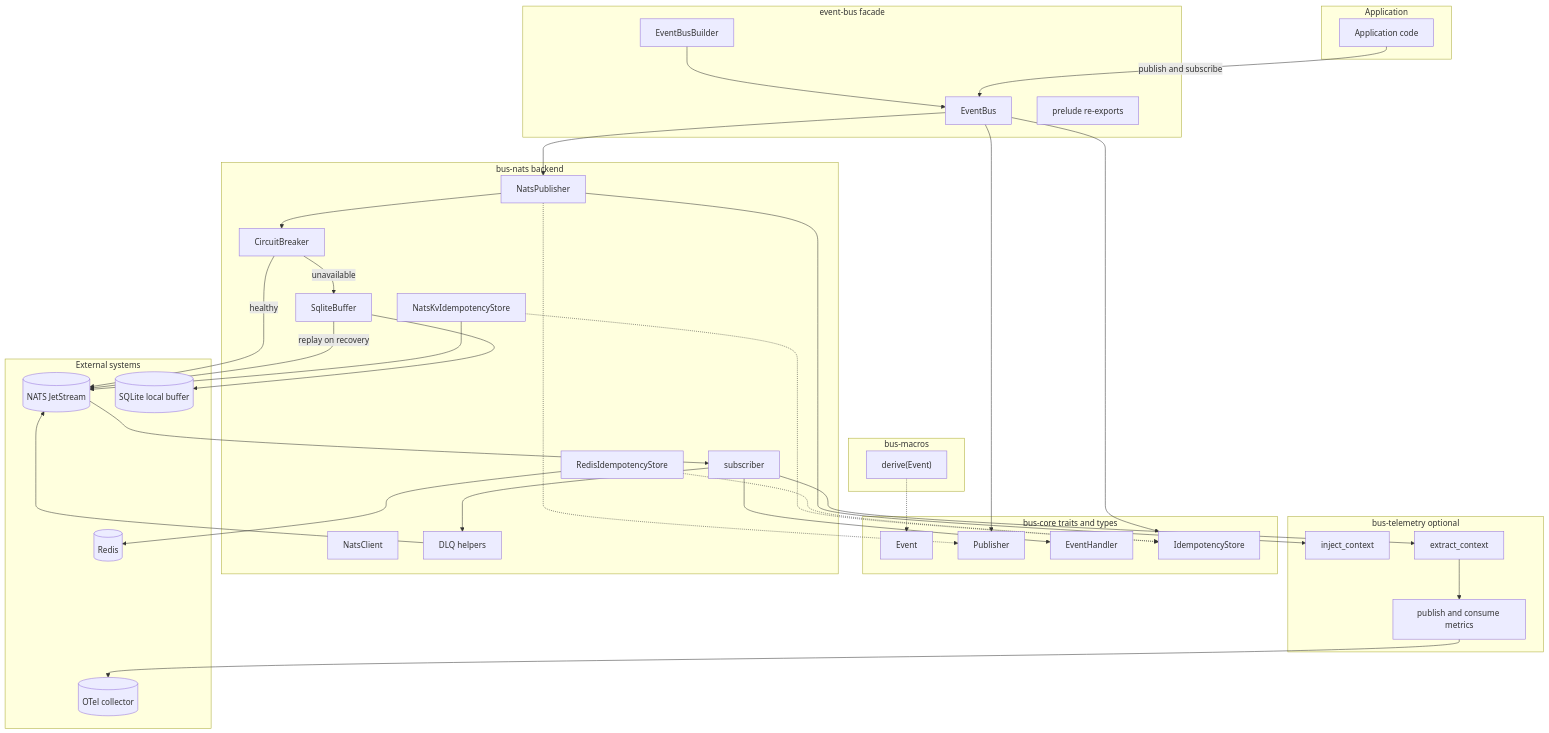
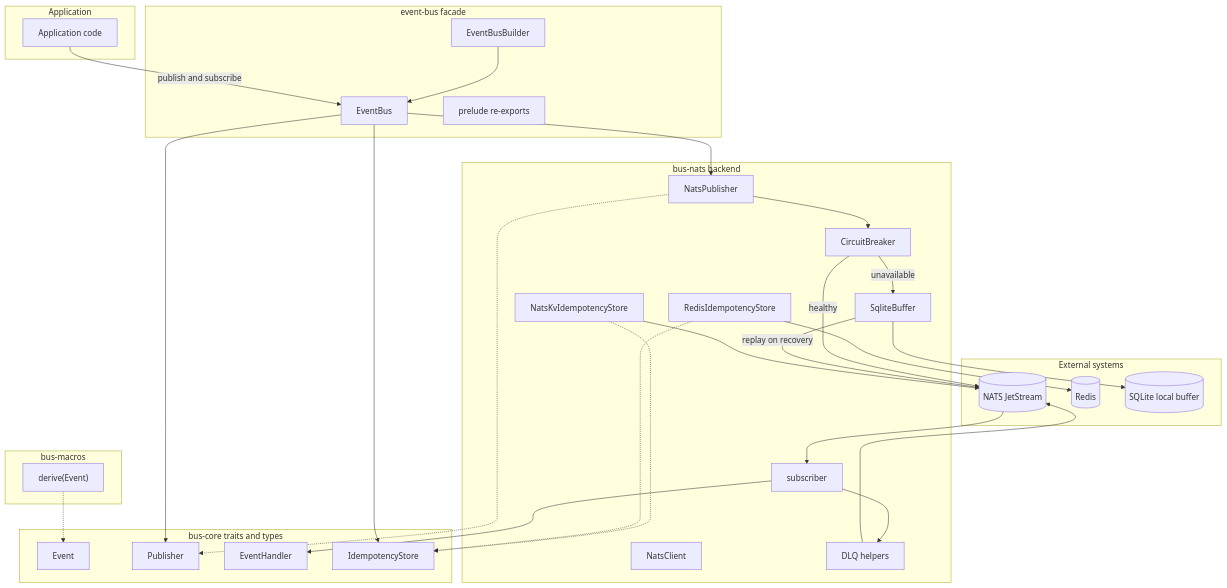
The diagram in docs/diagrams/component-diagram.md (scriptkid23/eventbus-rs), drawn with Mermaid before and after one commit.

Commit message:
slim: drop telemetry subgraph from component diagram
bus-telemetry was deleted in the previous commit; remove its subgraph,
the OTel collector node, and the four edges wiring publisher/subscriber
to telemetry from the C4 component picture.

````diff
--- a/docs/diagrams/component-diagram.md
+++ b/docs/diagrams/component-diagram.md
@@ -5,75 +5,63 @@
 ```mermaid
 flowchart TB
     subgraph application [Application]
         appCode["Application code"]
     end
 
     subgraph eventBus [event-bus facade]
         builder["EventBusBuilder"]
         bus["EventBus"]
         prelude["prelude re-exports"]
     end
 
     subgraph busCore [bus-core traits and types]
         eventTrait["Event"]
         publisherTrait["Publisher"]
         handlerTrait["EventHandler"]
         idempotencyTrait["IdempotencyStore"]
     end
 
     subgraph busMacros [bus-macros]
         deriveEvent["derive(Event)"]
     end
 
     subgraph busNats [bus-nats backend]
         natsClient["NatsClient"]
         natsPublisher["NatsPublisher"]
         subscriber["subscriber"]
         circuitBreaker["CircuitBreaker"]
         dlq["DLQ helpers"]
         kvStore["NatsKvIdempotencyStore"]
         redisStore["RedisIdempotencyStore"]
         sqliteBuffer["SqliteBuffer"]
     end
 
-    subgraph telemetry [bus-telemetry optional]
-        inject["inject_context"]
-        extract["extract_context"]
-        metrics["publish and consume metrics"]
-    end
-
     subgraph external [External systems]
         jetstream[("NATS JetStream")]
         redis[("Redis")]
         sqlite[("SQLite local buffer")]
-        otel[("OTel collector")]
     end
 
     deriveEvent -.-> eventTrait
     builder --> bus
     bus --> publisherTrait
     bus --> idempotencyTrait
     natsPublisher -.-> publisherTrait
     kvStore -.-> idempotencyTrait
     redisStore -.-> idempotencyTrait
 
     appCode -->|"publish and subscribe"| bus
     bus --> natsPublisher
     natsPublisher --> circuitBreaker
     circuitBreaker -->|"healthy"| jetstream
     circuitBreaker -->|"unavailable"| sqliteBuffer
     sqliteBuffer -->|"replay on recovery"| jetstream
 
     jetstream --> subscriber
     subscriber --> handlerTrait
     subscriber --> dlq
     dlq --> jetstream
     kvStore --> jetstream
     redisStore --> redis
     sqliteBuffer --> sqlite
-
-    natsPublisher --> inject
-    subscriber --> extract
-    extract --> metrics
-    metrics --> otel
 ```
````
